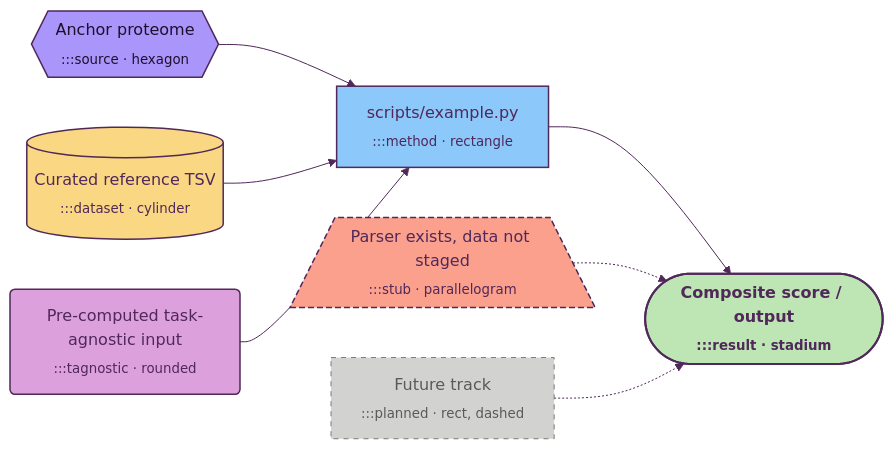
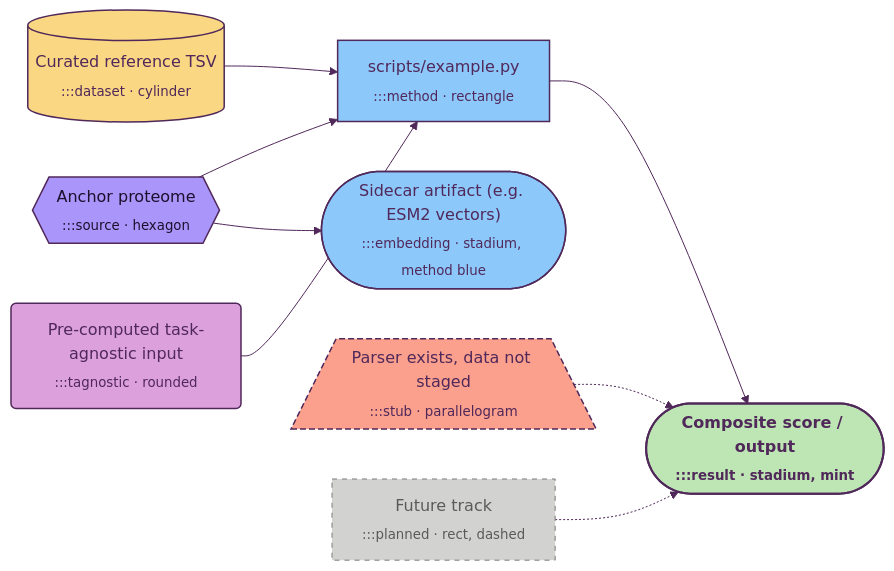
One commit to ersilia-os/gradi-target-prioritization changed the diagram in docs/mermaid_style.md. Above: the diagram before and after it, drawn with Mermaid. The commit also changed other lines of this file and 4 other files, not shown here.

Commit message:
diagramming

````diff
--- a/docs/mermaid_style.md
+++ b/docs/mermaid_style.md
@@ -67,26 +70,29 @@
 ```mermaid
-%%{init: {'theme':'base','themeVariables':{'primaryColor':'#FAD782','primaryBorderColor':'#50285A','primaryTextColor':'#50285A','lineColor':'#50285A','secondaryColor':'#8CC8FA','tertiaryColor':'#BEE6B4','fontFamily':'Inter, system-ui, sans-serif'}}}%%
+%%{init: {'theme':'base','themeVariables':{'primaryColor':'#FAD782','primaryBorderColor':'#50285A','primaryTextColor':'#50285A','lineColor':'#50285A','secondaryColor':'#8CC8FA','tertiaryColor':'#BEE6B4','clusterBkg':'#F0F0EE','clusterBorder':'#B0B0AE','titleColor':'#50285A','fontFamily':'Inter, system-ui, sans-serif'}}}%%
 flowchart LR
     classDef source    fill:#AA96FA,stroke:#50285A,stroke-width:1.5px,color:#1F0F2E
     classDef dataset   fill:#FAD782,stroke:#50285A,stroke-width:1.5px,color:#50285A
     classDef method    fill:#8CC8FA,stroke:#50285A,stroke-width:1.5px,color:#50285A
+    classDef embedding fill:#8CC8FA,stroke:#50285A,stroke-width:1.5px,color:#50285A
     classDef result    fill:#BEE6B4,stroke:#50285A,stroke-width:2px,color:#50285A,font-weight:bold
     classDef tagnostic fill:#DCA0DC,stroke:#50285A,stroke-width:1.5px,color:#50285A
     classDef stub      fill:#FAA08C,stroke:#50285A,stroke-width:1.5px,stroke-dasharray:6 3,color:#50285A
     classDef planned   fill:#D2D2D0,stroke:#7A7A78,stroke-width:1px,stroke-dasharray:5 5,color:#5A5A58
 
     SRC{{"Anchor proteome<br/><sub>:::source · hexagon</sub>"}}:::source
     DS[("Curated reference TSV<br/><sub>:::dataset · cylinder</sub>")]:::dataset
     TA("Pre-computed task-agnostic input<br/><sub>:::tagnostic · rounded</sub>"):::tagnostic
     M["scripts/example.py<br/><sub>:::method · rectangle</sub>"]:::method
+    EMB(["Sidecar artifact (e.g. ESM2 vectors)<br/><sub>:::embedding · stadium, method blue</sub>"]):::embedding
     STUB[/"Parser exists, data not staged<br/><sub>:::stub · parallelogram</sub>"\]:::stub
     PL["Future track<br/><sub>:::planned · rect, dashed</sub>"]:::planned
-    R(["Composite score / output<br/><sub>:::result · stadium</sub>"]):::result
+    R(["Composite score / output<br/><sub>:::result · stadium, mint</sub>"]):::result
 
     SRC --> M
     DS  --> M
     TA  --> M
     M   --> R
+    SRC --> EMB
     STUB -.-> R
     PL  -.-> R
 ```
````
